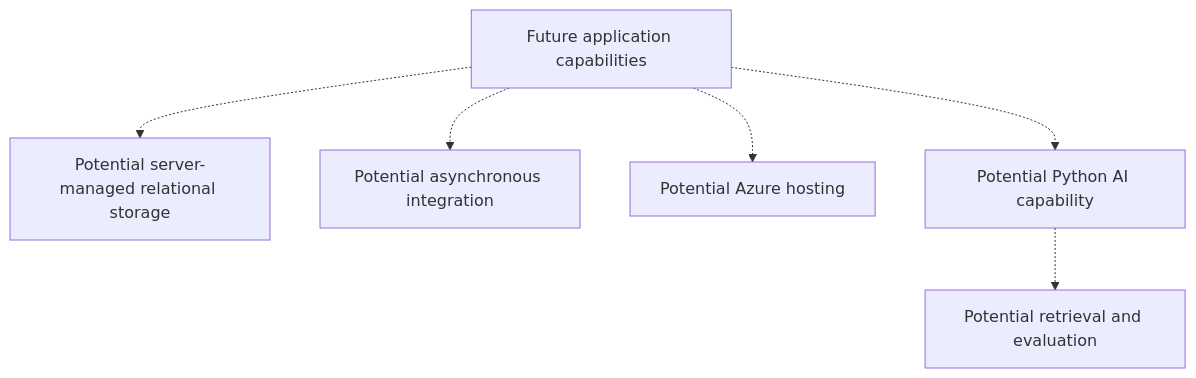
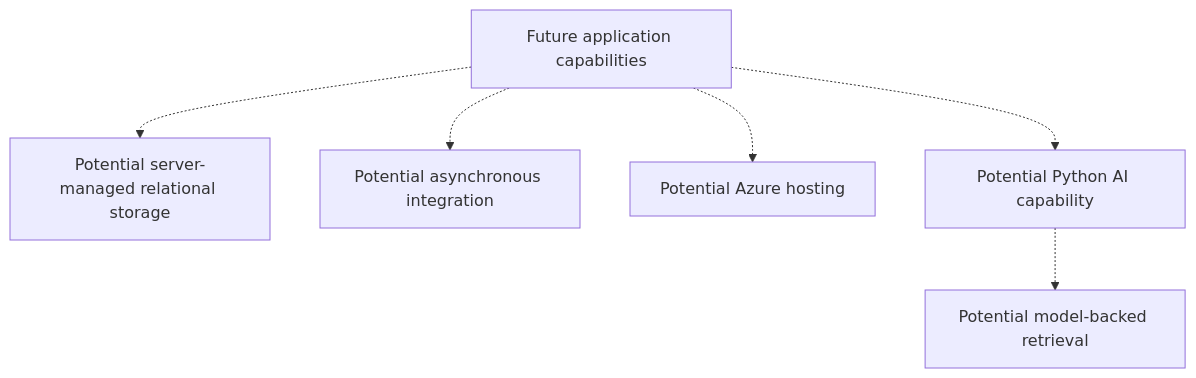
One commit to shivamchopra/enterprise-case-intelligence changed the second of 2 diagrams in docs/architecture/overview.md. Above: the diagram before and after it, drawn with Mermaid. The commit also changed other lines of this file and 9 other files, not shown here.

````diff
--- a/docs/architecture/overview.md
+++ b/docs/architecture/overview.md
@@ -131,9 +135,9 @@
 ```mermaid
 flowchart TD
     App[Future application capabilities]
     App -.-> Persistence[Potential server-managed relational storage]
     App -.-> Integration[Potential asynchronous integration]
     App -.-> Hosting[Potential Azure hosting]
     App -.-> Python[Potential Python AI capability]
-    Python -.-> Evaluation[Potential retrieval and evaluation]
+    Python -.-> Retrieval[Potential model-backed retrieval]
 ```
````
